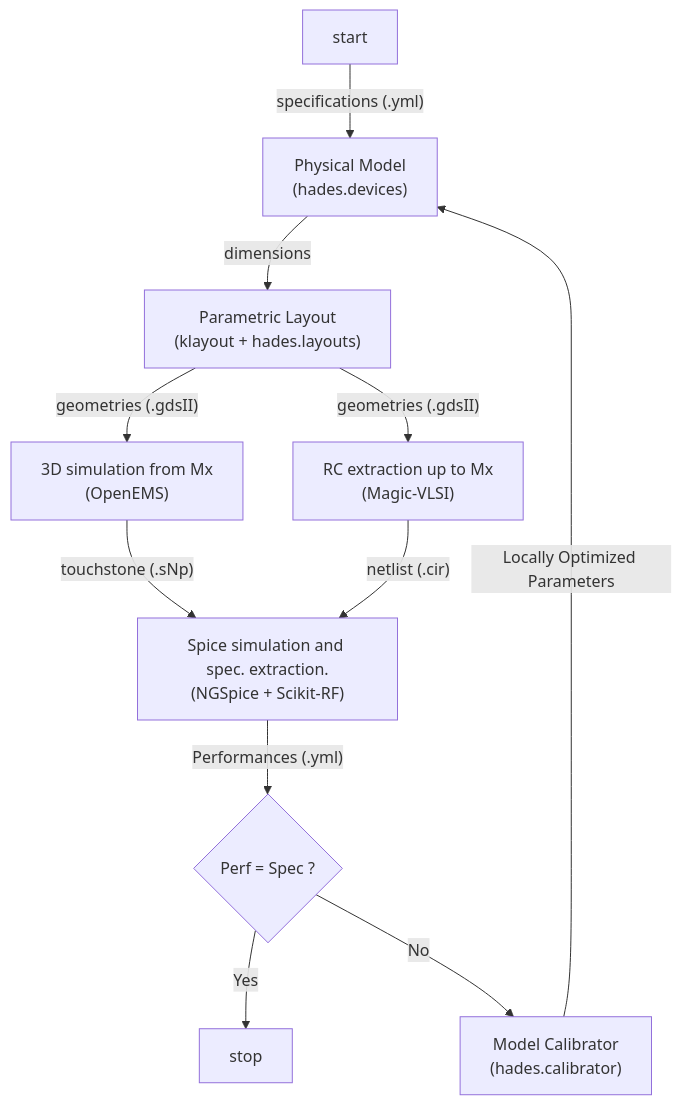
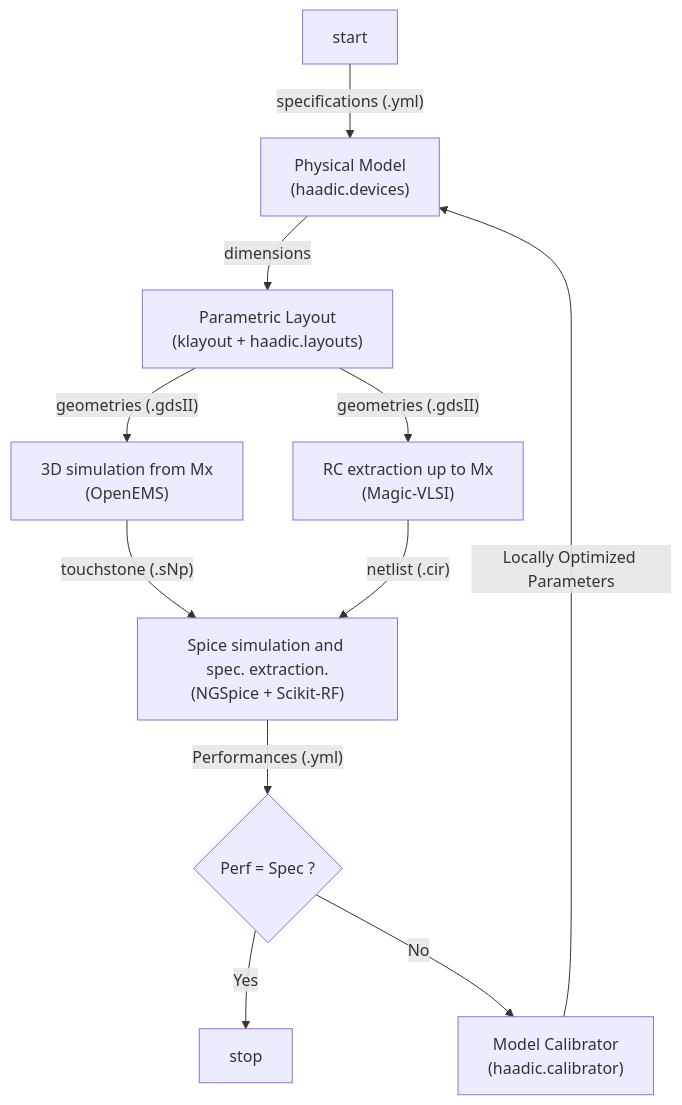
Before and after one commit to Patarimi/haadic: the diagram in docs/README.md, drawn with Mermaid. The commit also changed other lines of this file and 107 other files, not shown here.

Commit message:
rename hades to haadic more easy to find, better acronym

````diff
--- a/docs/README.md
+++ b/docs/README.md
@@ -22,19 +22,19 @@
 ```mermaid
 flowchart TD
     start -- "specifications (.yml)" --> app["Physical Model
-(hades.devices)"]
+(haadic.devices)"]
     app --dimensions --> pl["Parametric Layout
-(klayout + hades.layouts)"]
+(klayout + haadic.layouts)"]
     pl --"geometries (.gdsII)" --> be_sim["RC extraction up to Mx
 (Magic-VLSI)"]
     pl --"geometries (.gdsII)" --> fe_sim["3D simulation from Mx
 (OpenEMS)"]
     fe_sim -- "touchstone (.sNp)" --> ext["Spice simulation and spec. extraction.
 (NGSpice + Scikit-RF)"]
     be_sim --"netlist (.cir)" --> ext
     ext --"Performances (.yml)" --> atSpec{"Perf = Spec ?"}
     atSpec --> |Yes| stop
     atSpec --> |No| cal["Model Calibrator
-(hades.calibrator)"]
+(haadic.calibrator)"]
     cal --"Locally Optimized Parameters" --> app
 ```
````
